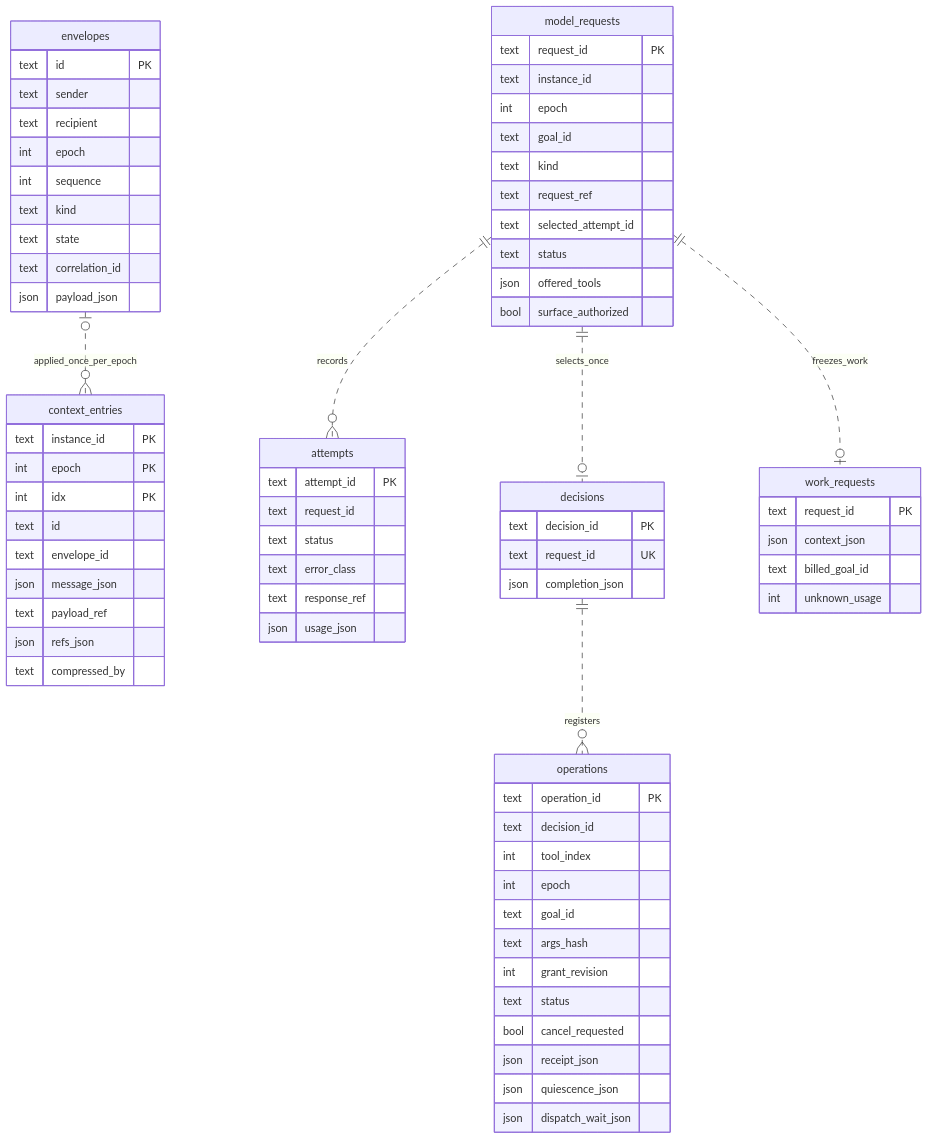
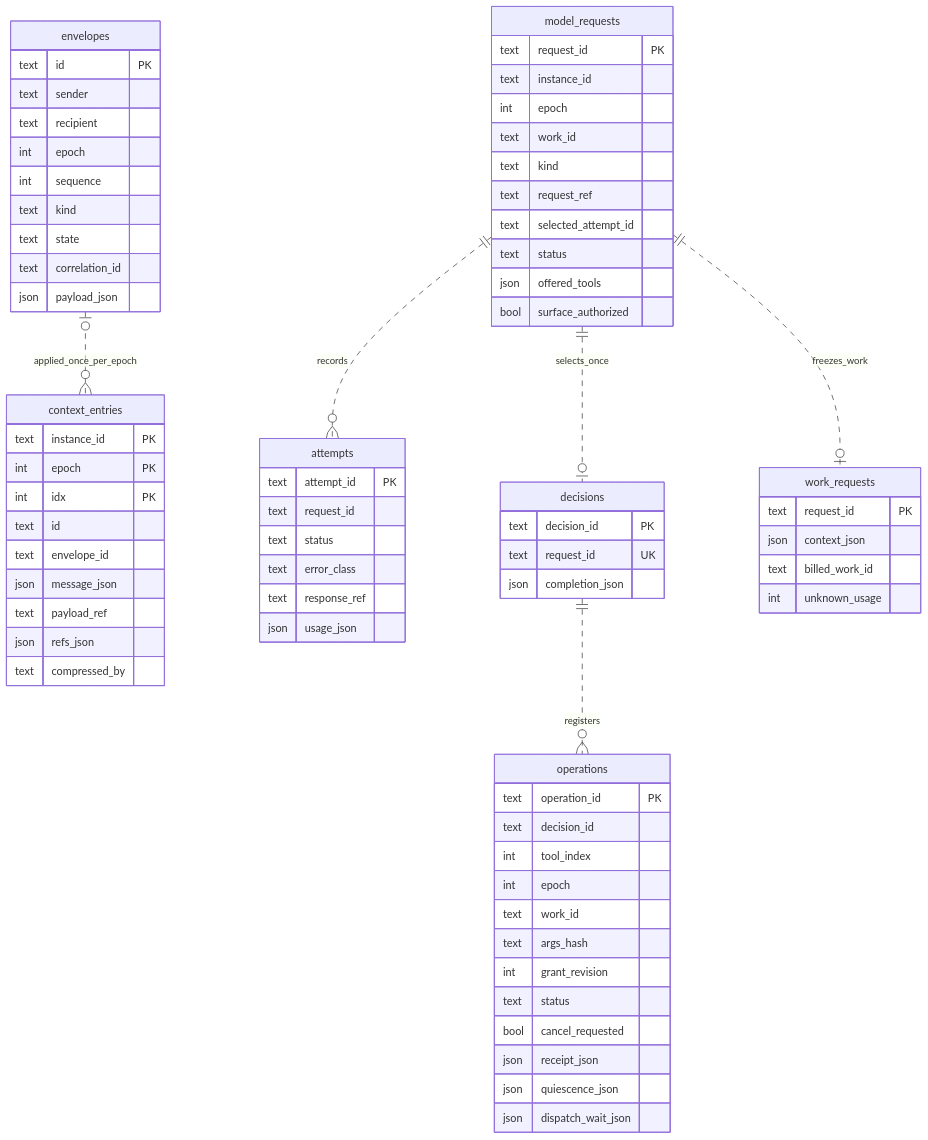
The fifth of 35 diagrams in docs/ARCHITECTURE.md (seek-hope/TeamAgents), drawn with Mermaid before and after one commit. The commit also changed other lines of this file and 177 other files, not shown here.

Commit message:
Remove goal entity and migrate to work scopes

````diff
--- a/docs/ARCHITECTURE.md
+++ b/docs/ARCHITECTURE.md
@@ -237,77 +237,77 @@
 ```mermaid
 erDiagram
     accTitle: Input and execution provenance
     accDescr: Envelopes apply once to an instance epoch. Requests freeze context, attempts compete for one selected response, and one decision identifies stable tool operations.
     envelopes |o..o{ context_entries : applied_once_per_epoch
     model_requests ||..o{ attempts : records
     model_requests ||..o| decisions : selects_once
     model_requests ||..o| work_requests : freezes_work
     decisions ||..o{ operations : registers
     envelopes {
         text id PK
         text sender
         text recipient
         int epoch
         int sequence
         text kind
         text state
         text correlation_id
         json payload_json
     }
     context_entries {
         text instance_id PK
         int epoch PK
         int idx PK
         text id
         text envelope_id
         json message_json
         text payload_ref
         json refs_json
         text compressed_by
     }
     model_requests {
         text request_id PK
         text instance_id
         int epoch
-        text goal_id
+        text work_id
         text kind
         text request_ref
         text selected_attempt_id
         text status
         json offered_tools
         bool surface_authorized
     }
     work_requests {
         text request_id PK
         json context_json
-        text billed_goal_id
+        text billed_work_id
         int unknown_usage
     }
     attempts {
         text attempt_id PK
         text request_id
         text status
         text error_class
         text response_ref
         json usage_json
     }
     decisions {
         text decision_id PK
         text request_id UK
         json completion_json
     }
     operations {
         text operation_id PK
         text decision_id
         int tool_index
         int epoch
-        text goal_id
+        text work_id
         text args_hash
         int grant_revision
         text status
         bool cancel_requested
         json receipt_json
         json quiescence_json
         json dispatch_wait_json
     }
 ```
````
